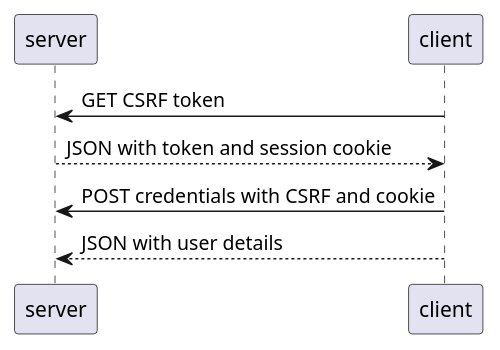
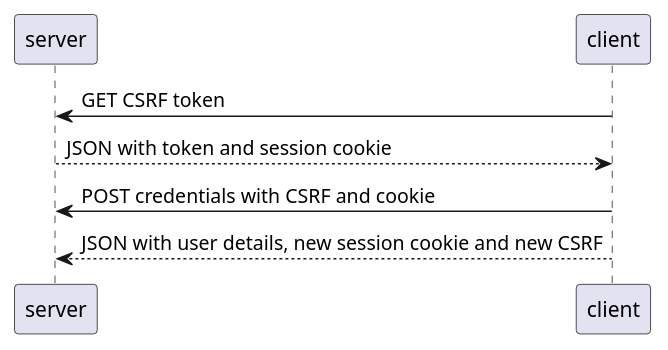
Before and after one commit to rbreunung/FutureSQR: the diagram in doc/authentication.md, drawn with PlantUML. The commit also changed 3 other files, not shown here.

````diff
--- a/doc/authentication.md
+++ b/doc/authentication.md
@@ -5,10 +5,10 @@
 ```plantuml
 participant server
 participant client
 
 client -> server: GET CSRF token
 server --> client: JSON with token and session cookie
 
 client -> server: POST credentials with CSRF and cookie
-server <-- client: JSON with user details
+server <-- client: JSON with user details, new session cookie and new CSRF
 ```
````
